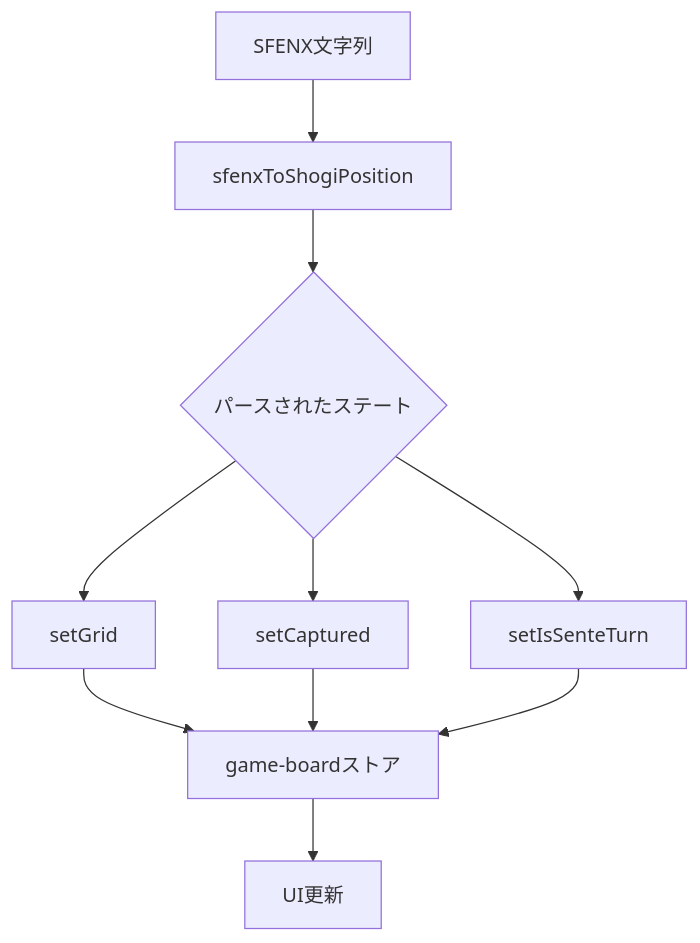
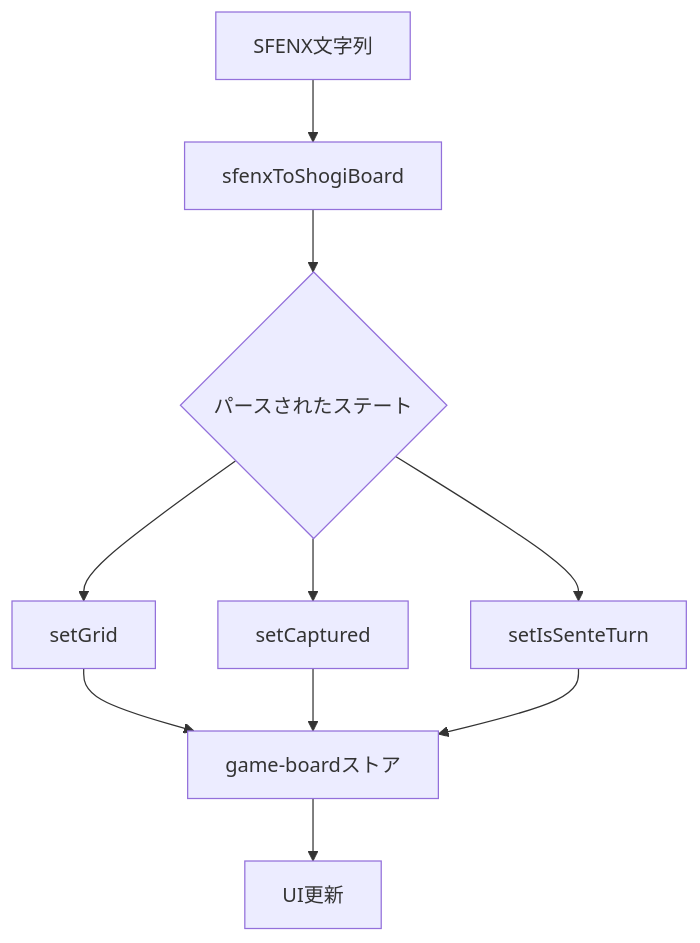
One commit to hashiryo/SvelteShogi changed the fifth of 6 diagrams in .qoder/repowiki/ja/content/Core Concepts/SFEN Notation Handling.md. Above: the diagram before and after it, drawn with Mermaid. The commit also changed other lines of this file and 17 other files, not shown here.

````diff
--- a/.qoder/repowiki/ja/content/Core Concepts/SFEN Notation Handling.md
+++ b/.qoder/repowiki/ja/content/Core Concepts/SFEN Notation Handling.md
@@ -207,12 +237,12 @@
 ```mermaid
 graph TB
-A[SFENX文字列] --> B[sfenxToShogiPosition]
+A[SFENX文字列] --> B[sfenxToShogiBoard]
 B --> C{パースされたステート}
 C --> D[setGrid]
 C --> E[setCaptured]
 C --> F[setIsSenteTurn]
 D --> G[game-boardストア]
 E --> G
 F --> G
 G --> H[UI更新]
 ```
````
